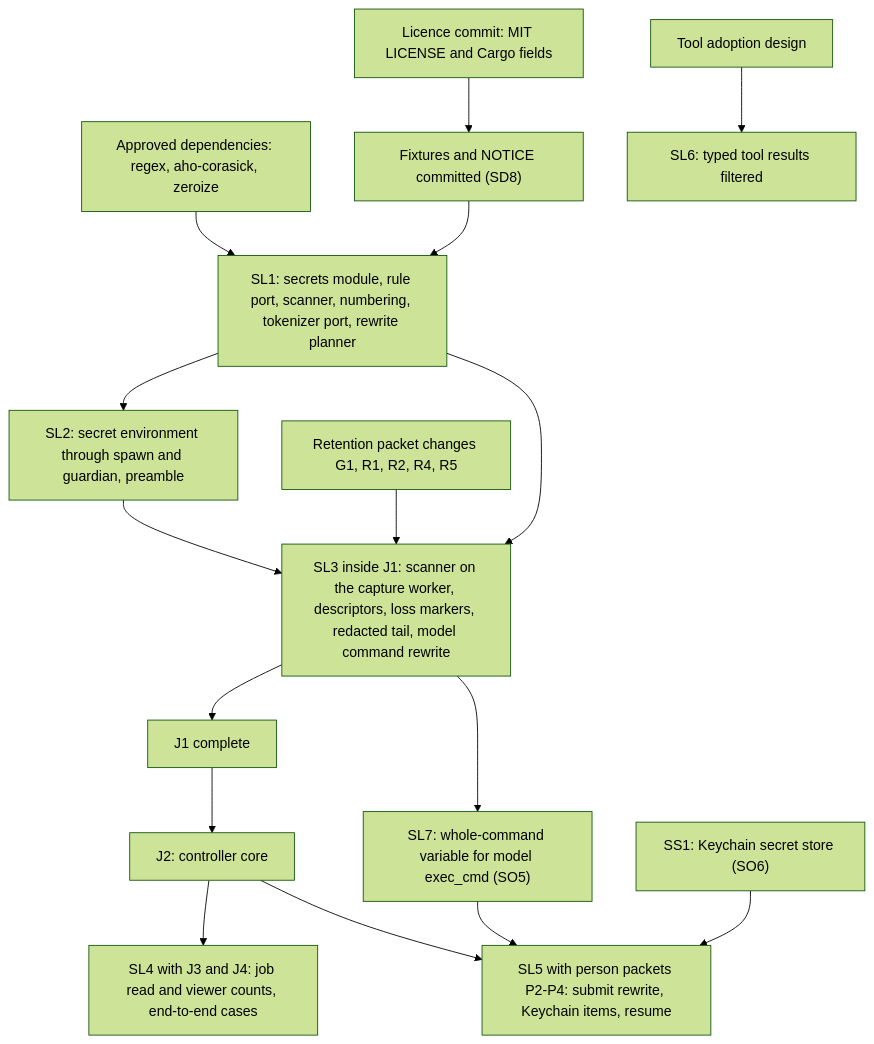
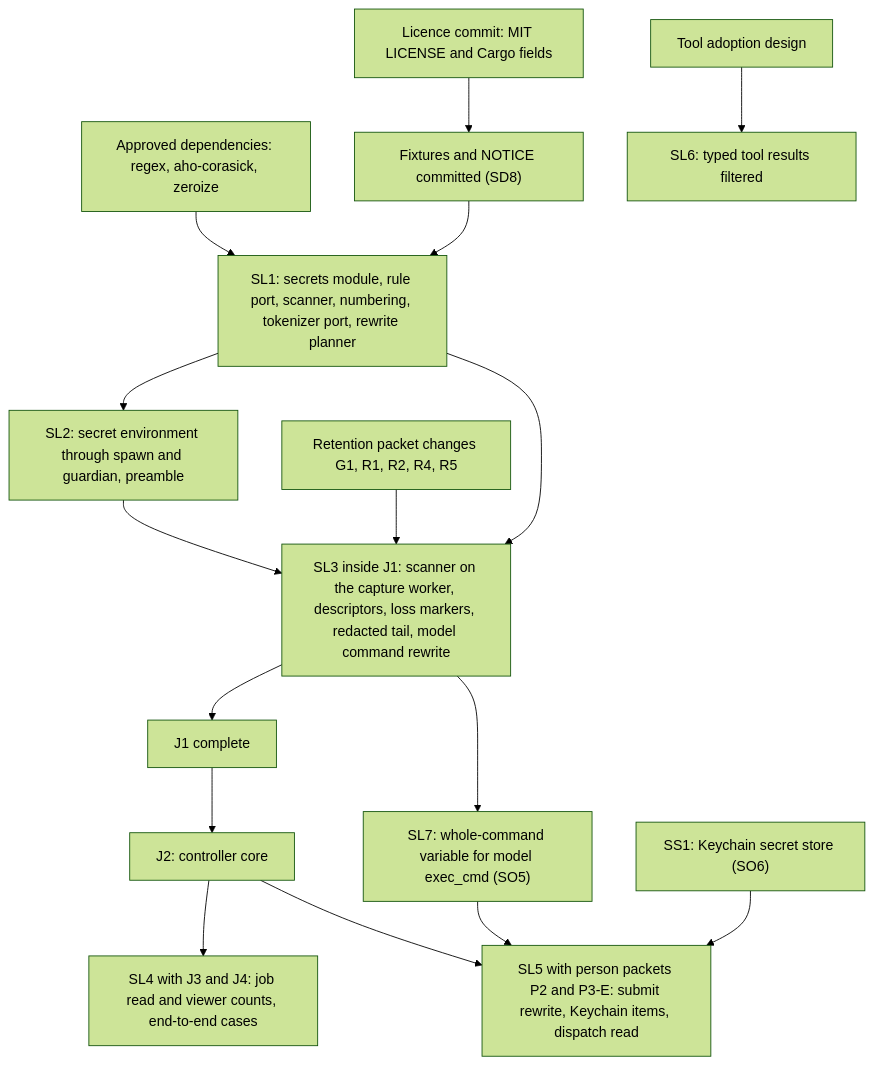
The fifth of 5 diagrams in docs/designs/secret-detection.md (pidster/asura), drawn with Mermaid (forest theme) before and after one commit. The commit also changed other lines of this file and 14 other files, not shown here.

First line of the commit message:
Design person command packets, path guard and Keychain fixes

````diff
--- a/docs/designs/secret-detection.md
+++ b/docs/designs/secret-detection.md
@@ -1203,18 +1210,18 @@
 ```mermaid
 flowchart TD
     Dep["Approved dependencies: regex, aho-corasick, zeroize"] --> SL1
     Lic["Licence commit: MIT LICENSE and Cargo fields"] --> Fix["Fixtures and NOTICE committed (SD8)"]
     Fix --> SL1
     SL1["SL1: secrets module, rule port, scanner, numbering, tokenizer port, rewrite planner"] --> SL2["SL2: secret environment through spawn and guardian, preamble"]
     SL1 --> SL3
     SL2 --> SL3["SL3 inside J1: scanner on the capture worker, descriptors, loss markers, redacted tail, model command rewrite"]
     RP["Retention packet changes G1, R1, R2, R4, R5"] --> SL3
     SL3 --> J1["J1 complete"]
     J1 --> J2["J2: controller core"]
     J2 --> SL4["SL4 with J3 and J4: job read and viewer counts, end-to-end cases"]
     SL3 --> SL7["SL7: whole-command variable for model exec_cmd (SO5)"]
     SL7 --> SL5
     SS1["SS1: Keychain secret store (SO6)"] --> SL5
-    J2 --> SL5["SL5 with person packets P2-P4: submit rewrite, Keychain items, resume"]
+    J2 --> SL5["SL5 with person packets P2 and P3-E: submit rewrite, Keychain items, dispatch read"]
     TA["Tool adoption design"] --> SL6["SL6: typed tool results filtered"]
 ```
````
